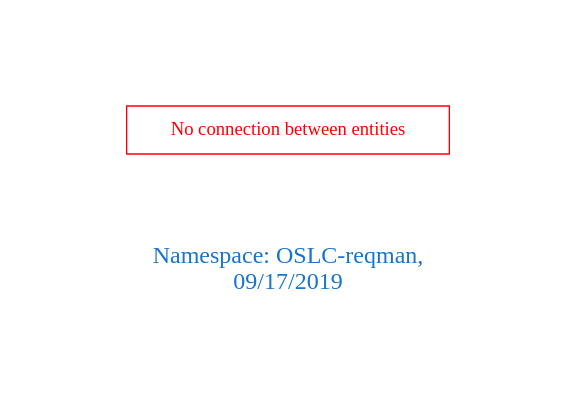
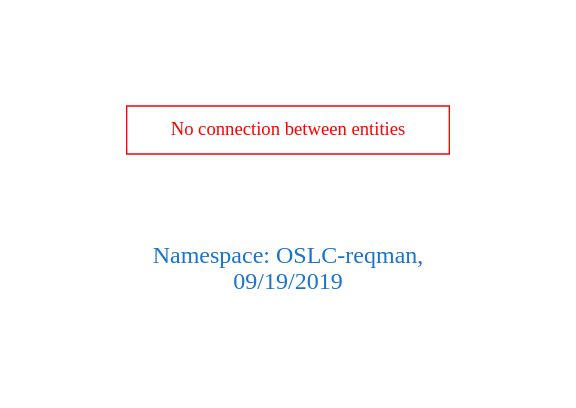
Before and after one commit to arago/OGIT: the diagram in downloads/OSLC-reqman.dot, drawn with Graphviz. The commit also changed 1527 other files, not shown here.

```diff
--- a/downloads/OSLC-reqman.dot
+++ b/downloads/OSLC-reqman.dot
@@ -1,9 +1,9 @@
 digraph OGIT_ontology {
  graph [ rankdir= LR,pad=1 
 fontsize = 18,
-fontcolor= dodgerblue3,label = "\n\n\nNamespace: OSLC-reqman, \n 09/17/2019"];
+fontcolor= dodgerblue3,label = "\n\n\nNamespace: OSLC-reqman, \n 09/19/2019"];
 node[shape=polygon];
 edge [  color="gray81"];
 
 "No connection between entities" [fontcolor = "red",color="red", shape="polygon"]
 }
```
